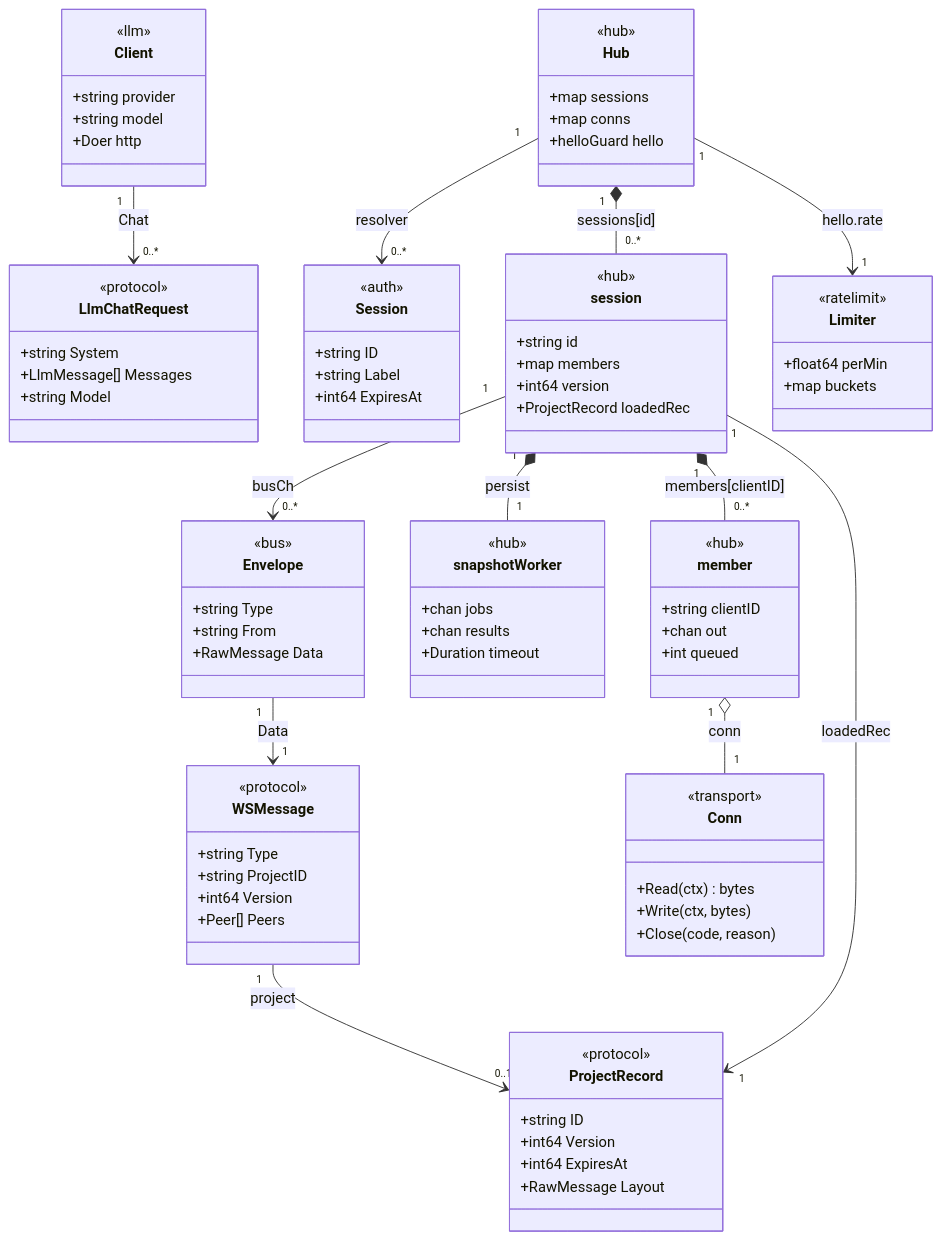
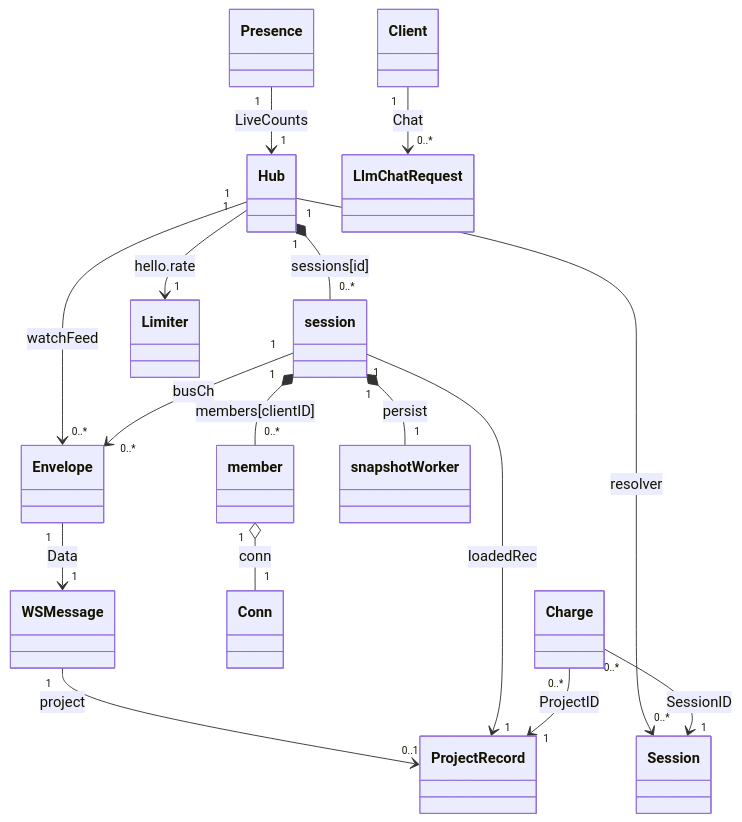
The second of 2 diagrams in server/ARCHITECTURE.md (andrew1407/stencil), drawn with Mermaid before and after one commit. The commit also changed other lines of this file and 3356 other files, not shown here.

````diff
--- a/server/ARCHITECTURE.md
+++ b/server/ARCHITECTURE.md
@@ -74,88 +68,18 @@
 ```mermaid
 classDiagram
-    class WSMessage {
-      <<protocol>>
-      +string Type
-      +string ProjectID
-      +int64 Version
-      +Peer[] Peers
-    }
-    class ProjectRecord {
-      <<protocol>>
-      +string ID
-      +int64 Version
-      +int64 ExpiresAt
-      +RawMessage Layout
-    }
-    class LlmChatRequest {
-      <<protocol>>
-      +string System
-      +LlmMessage[] Messages
-      +string Model
-    }
-    class Session {
-      <<auth>>
-      +string ID
-      +string Label
-      +int64 ExpiresAt
-    }
-    class Hub {
-      <<hub>>
-      +map sessions
-      +map conns
-      +helloGuard hello
-    }
-    class session {
-      <<hub>>
-      +string id
-      +map members
-      +int64 version
-      +ProjectRecord loadedRec
-    }
-    class member {
-      <<hub>>
-      +string clientID
-      +chan out
-      +int queued
-    }
-    class snapshotWorker {
-      <<hub>>
-      +chan jobs
-      +chan results
-      +Duration timeout
-    }
-    class Conn {
-      <<transport>>
-      +Read(ctx) bytes
-      +Write(ctx, bytes)
-      +Close(code, reason)
-    }
-    class Envelope {
-      <<bus>>
-      +string Type
-      +string From
-      +RawMessage Data
-    }
-    class Limiter {
-      <<ratelimit>>
-      +float64 perMin
-      +map buckets
-    }
-    class Client {
-      <<llm>>
-      +string provider
-      +string model
-      +Doer http
-    }
     WSMessage "1" --> "0..1" ProjectRecord : project
     Envelope "1" --> "1" WSMessage : Data
     Hub "1" *-- "0..*" session : sessions[id]
     Hub "1" --> "1" Limiter : hello.rate
     Hub "1" --> "0..*" Session : resolver
+    Hub "1" --> "0..*" Envelope : watchFeed
     session "1" *-- "0..*" member : members[clientID]
     session "1" *-- "1" snapshotWorker : persist
     session "1" --> "1" ProjectRecord : loadedRec
     session "1" --> "0..*" Envelope : busCh
     member "1" o-- "1" Conn : conn
     Client "1" --> "0..*" LlmChatRequest : Chat
+    Charge "0..*" --> "1" Session : SessionID
+    Charge "0..*" --> "1" ProjectRecord : ProjectID
+    Presence "1" --> "1" Hub : LiveCounts
 ```
````
